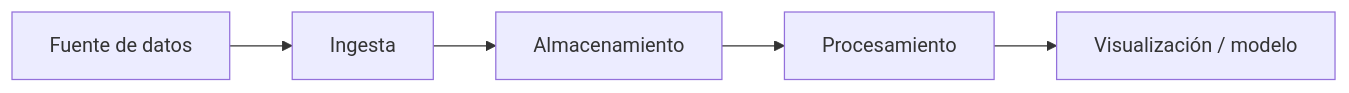
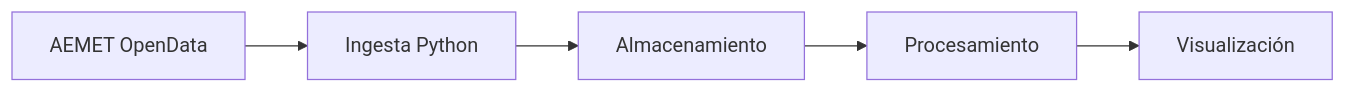
The diagram in README.md (maavcode/bigdata-p4-urban_valencia), drawn with Mermaid before and after one commit. The commit also changed other lines of this file and 8 other files, not shown here.

````diff
--- a/README.md
+++ b/README.md
@@ -11,7 +9,7 @@
 ```mermaid
 graph LR
-    A[Fuente de datos] --> B[Ingesta]
+    A[AEMET OpenData] --> B[Ingesta Python]
     B --> C[Almacenamiento]
     C --> D[Procesamiento]
-    D --> E[Visualización / modelo]
+    D --> E[Visualización]
 ```
````
